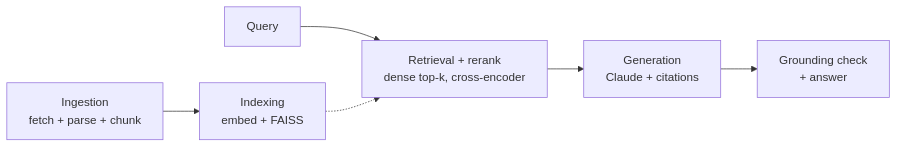
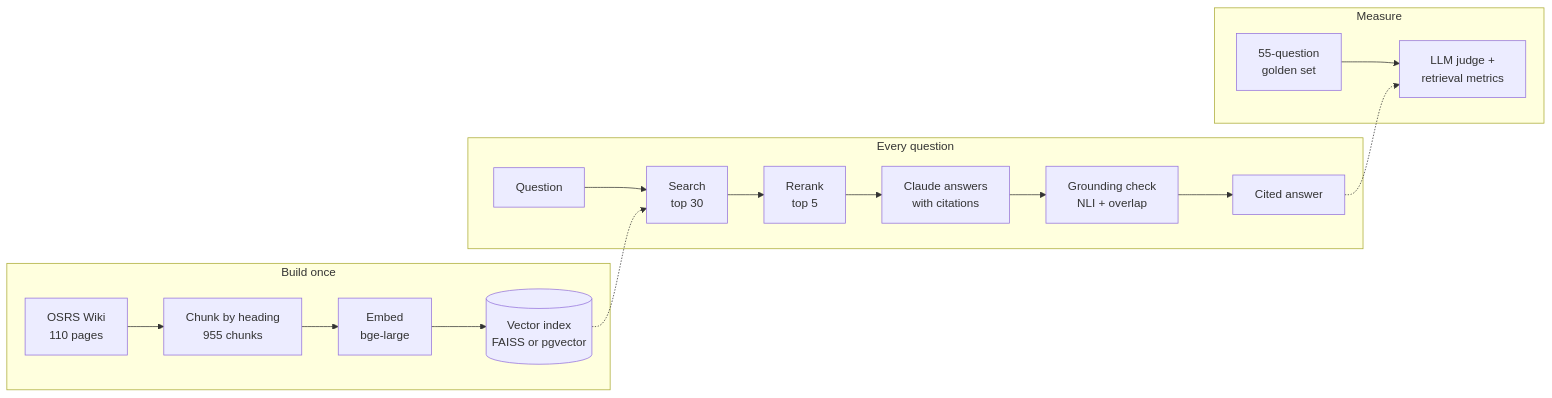
The fourth of 4 diagrams in README.md (lofeodo/rag-with-receipts), drawn with Mermaid before and after one commit. The commit also changed other lines of this file and 6 other files, not shown here.

````diff
--- a/README.md
+++ b/README.md
@@ -29,7 +75,14 @@
 ```mermaid
 flowchart LR
-    ING["Ingestion<br/>fetch + parse + chunk"] --> IDX["Indexing<br/>embed + FAISS"]
-    Q["Query"] --> RET["Retrieval + rerank<br/>dense top-k, cross-encoder"]
-    IDX -.-> RET
-    RET --> GEN["Generation<br/>Claude + citations"] --> VER["Grounding check<br/>+ answer"]
+    subgraph OFFLINE["Build once"]
+        W["OSRS Wiki<br/>110 pages"] --> C["Chunk by heading<br/>955 chunks"] --> E["Embed<br/>bge-large"] --> V[("Vector index<br/>FAISS or pgvector")]
+    end
+    subgraph ONLINE["Every question"]
+        Q["Question"] --> S["Search<br/>top 30"] --> R["Rerank<br/>top 5"] --> G["Claude answers<br/>with citations"] --> K["Grounding check<br/>NLI + overlap"] --> A["Cited answer"]
+    end
+    V -.-> S
+    subgraph MEASURE["Measure"]
+        D["55-question<br/>golden set"] --> J["LLM judge +<br/>retrieval metrics"]
+    end
+    A -.-> J
 ```
````
